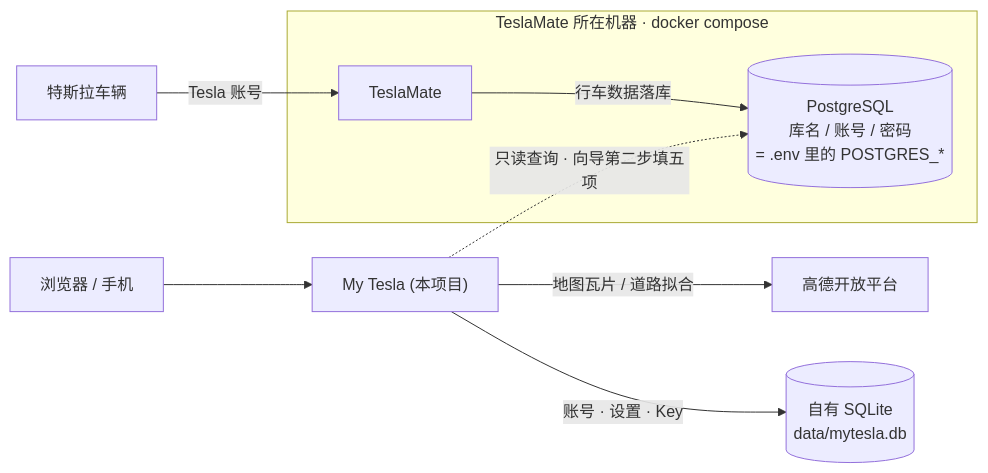
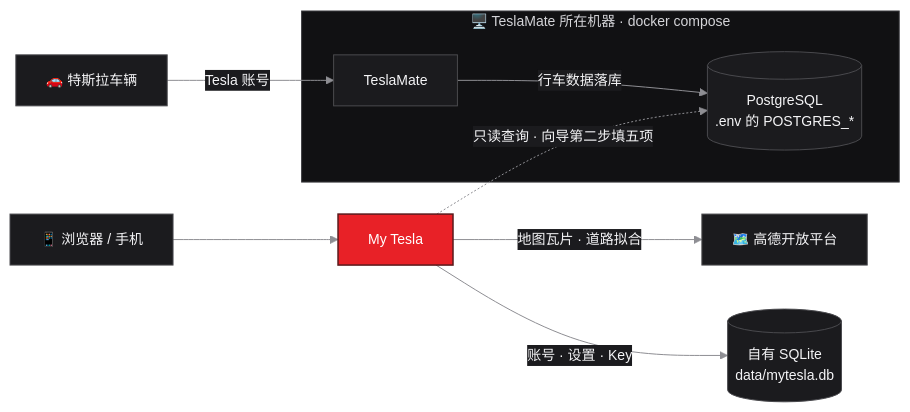
One commit to kinopico-zhang/my-tesla changed the diagram in README.md. Above: the diagram before and after it, drawn with Mermaid. The commit also changed other lines of this file and 19 other files, not shown here.

````diff
--- a/README.md
+++ b/README.md
@@ -85,11 +85,13 @@
 ```mermaid
+%%{init: {"theme":"base","flowchart":{"curve":"basis","nodeSpacing":44,"rankSpacing":64},"themeVariables":{"fontSize":"14px","primaryColor":"#1b1b1e","primaryTextColor":"#f5f5f7","primaryBorderColor":"#4a4a4e","lineColor":"#8e8e93","edgeLabelBackground":"#1b1b1e","clusterBkg":"#111113","clusterBorder":"#3a3a3e"}}}%%
 flowchart LR
-    subgraph tmhost["TeslaMate 所在机器 · docker compose"]
-        tm["TeslaMate"] -- "行车数据落库" --> pg[("PostgreSQL<br/>库名 / 账号 / 密码<br/>= .env 里的 POSTGRES_*")]
+    subgraph tmhost["🖥️ TeslaMate 所在机器 · docker compose"]
+        tm["TeslaMate"] -- "行车数据落库" --> pg[("PostgreSQL<br/>.env 的 POSTGRES_*")]
     end
-    car["特斯拉车辆"] -- "Tesla 账号" --> tm
-    web["浏览器 / 手机"] --> app["My Tesla (本项目)"]
+    car["🚗 特斯拉车辆"] -- "Tesla 账号" --> tm
+    web["📱 浏览器 / 手机"] --> app["My Tesla"]
     app -. "只读查询 · 向导第二步填五项" .-> pg
-    app -- "地图瓦片 / 道路拟合" --> amap["高德开放平台"]
+    app -- "地图瓦片 · 道路拟合" --> amap["🗺️ 高德开放平台"]
     app -- "账号 · 设置 · Key" --> own[("自有 SQLite<br/>data/mytesla.db")]
+    style app fill:#e82127,stroke:#5a1a1c,stroke-width:1.5px,color:#ffffff
 ```
````
